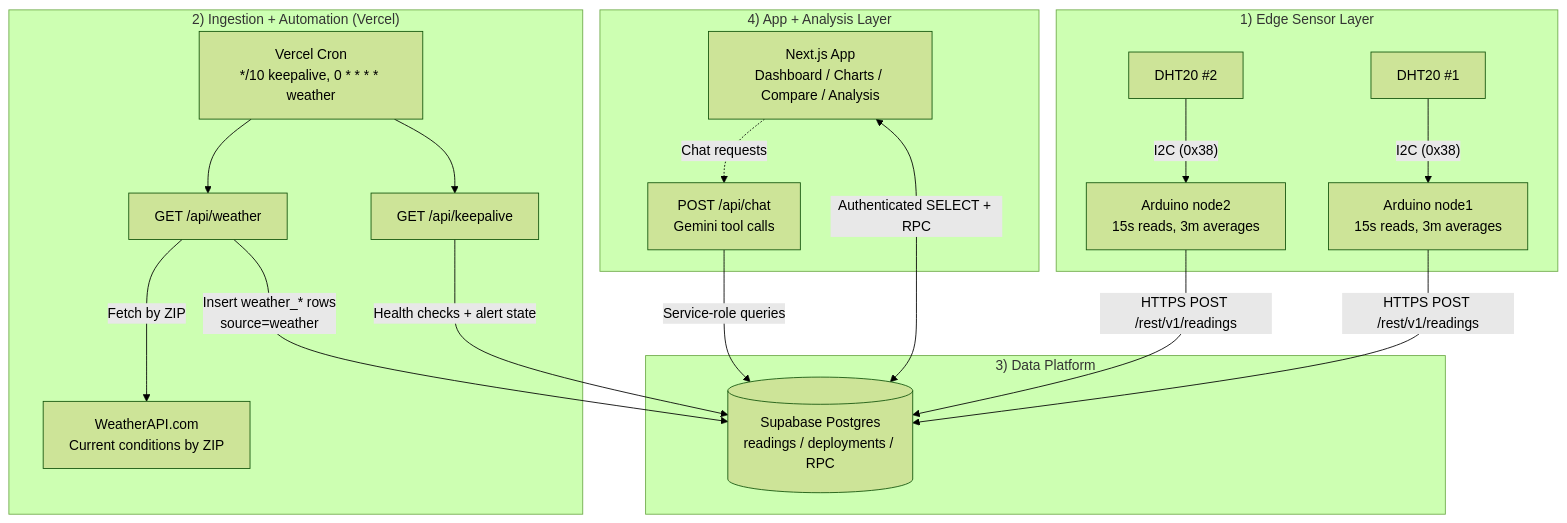
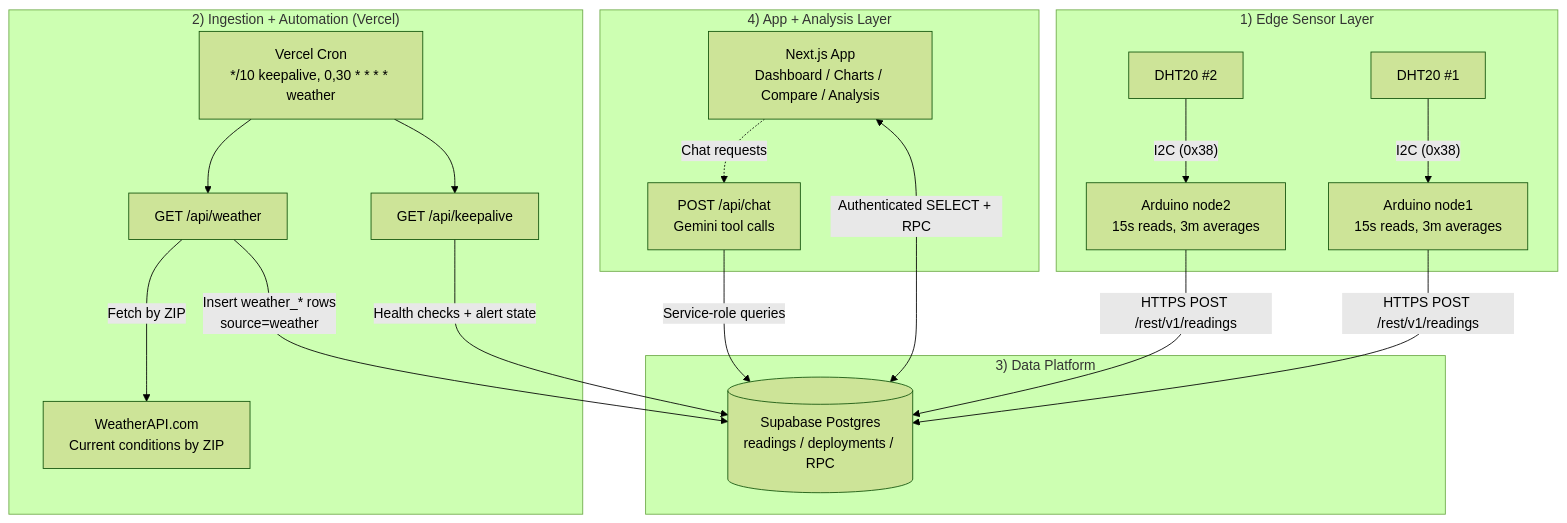
Before and after one commit to nikholasnova/TH-Dashboard: the diagram in README.md, drawn with Mermaid (forest theme). The commit also changed other lines of this file and 53 other files, not shown here.

````diff
--- a/README.md
+++ b/README.md
@@ -9,38 +9,38 @@
 ```mermaid
 flowchart TB
   subgraph edge["1) Edge Sensor Layer"]
     dht1["DHT20 #1"]
     dht2["DHT20 #2"]
     n1["Arduino node1<br/>15s reads, 3m averages"]
     n2["Arduino node2<br/>15s reads, 3m averages"]
     dht1 -->|"I2C (0x38)"| n1
     dht2 -->|"I2C (0x38)"| n2
   end
 
   subgraph ingest["2) Ingestion + Automation (Vercel)"]
-    cron["Vercel Cron<br/>*/10 keepalive, 0 * * * * weather"]
+    cron["Vercel Cron<br/>*/10 keepalive, 0,30 * * * * weather"]
     keepalive["GET /api/keepalive"]
     weatherRoute["GET /api/weather"]
     wx["WeatherAPI.com<br/>Current conditions by ZIP"]
     cron --> keepalive
     cron --> weatherRoute
     weatherRoute -->|"Fetch by ZIP"| wx
   end
 
   subgraph data["3) Data Platform"]
     db[("Supabase Postgres<br/>readings / deployments / RPC")]
   end
 
   subgraph app["4) App + Analysis Layer"]
     ui["Next.js App<br/>Dashboard / Charts / Compare / Analysis"]
     chat["POST /api/chat<br/>Gemini tool calls"]
   end
 
   n1 -->|"HTTPS POST /rest/v1/readings"| db
   n2 -->|"HTTPS POST /rest/v1/readings"| db
   keepalive -->|"Health checks + alert state"| db
   weatherRoute -->|"Insert weather_* rows<br/>source=weather"| db
   ui <-->|"Authenticated SELECT + RPC"| db
   chat -->|"Service-role queries"| db
   ui -. "Chat requests" .-> chat
 ```
````
